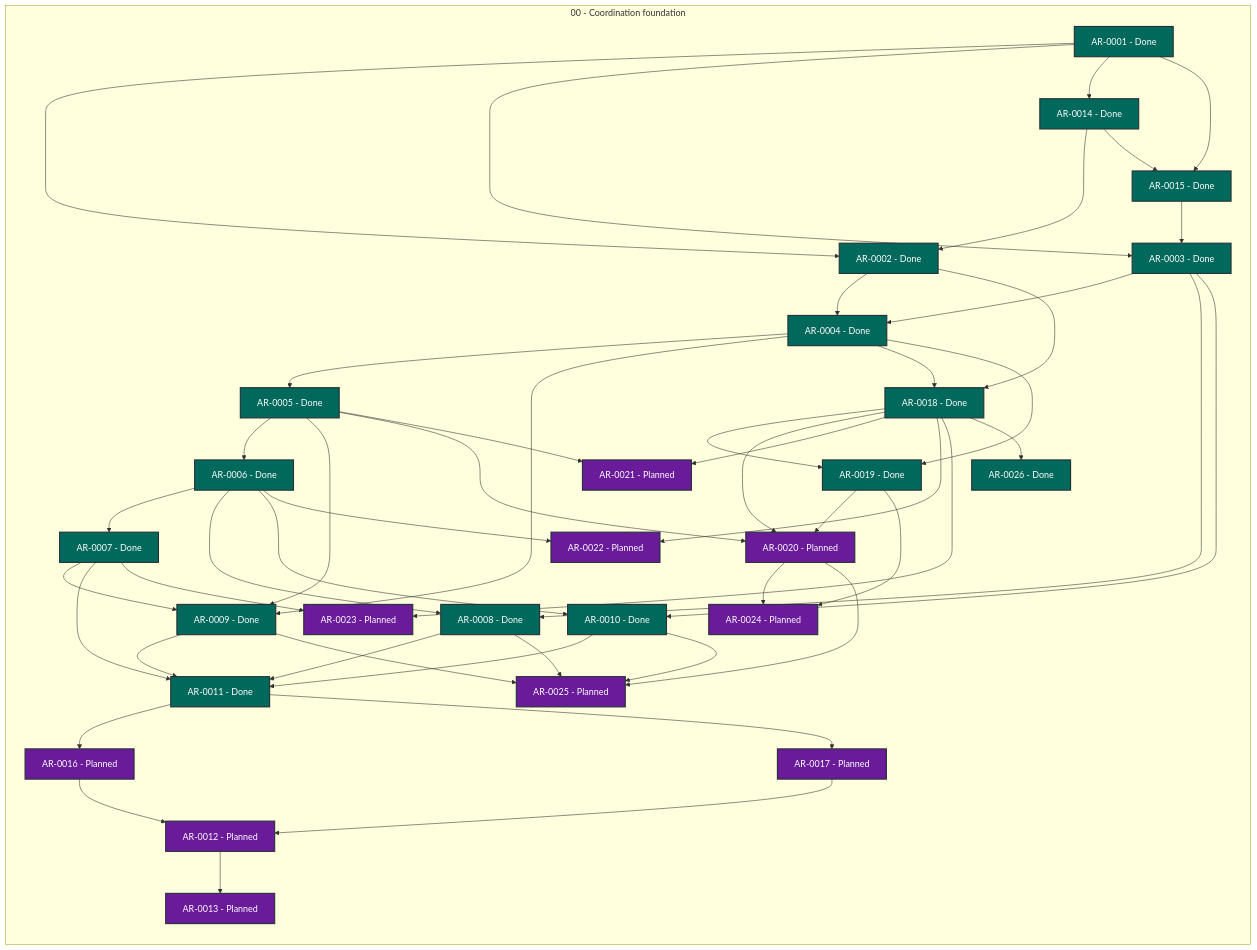
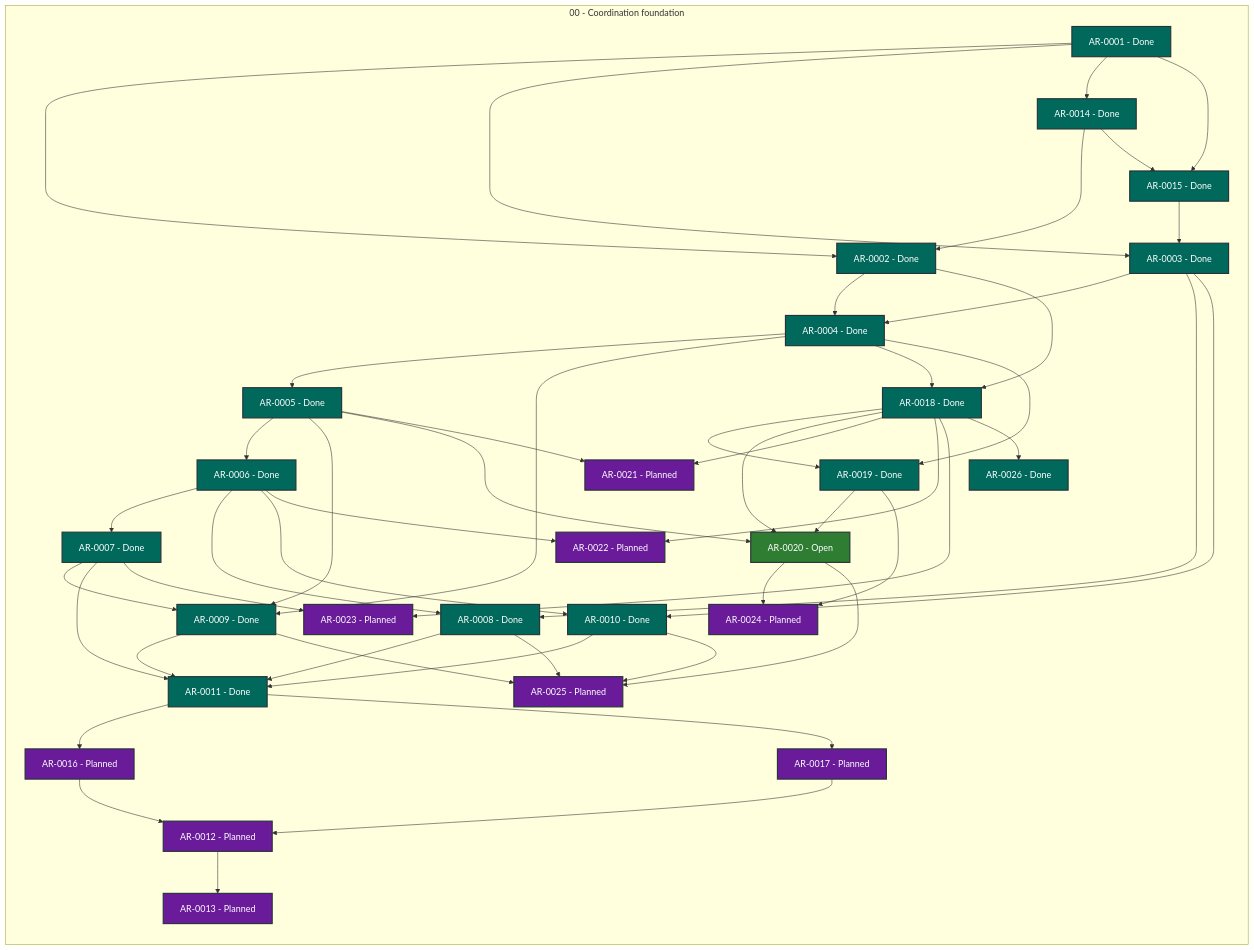
The diagram in STATUS.md (martin-beck/agent-workflow-tui-state), drawn with Mermaid before and after one commit. The commit also changed other lines of this file and 2 other files, not shown here.

```diff
--- a/STATUS.md
+++ b/STATUS.md
@@ -47,7 +47,7 @@
         AR_0017["AR-0017 - Planned"]:::status_planned
         AR_0018["AR-0018 - Done"]:::status_done
         AR_0019["AR-0019 - Done"]:::status_done
-        AR_0020["AR-0020 - Planned"]:::status_planned
+        AR_0020["AR-0020 - Open"]:::status_open
         AR_0021["AR-0021 - Planned"]:::status_planned
         AR_0022["AR-0022 - Planned"]:::status_planned
         AR_0023["AR-0023 - Planned"]:::status_planned
```
